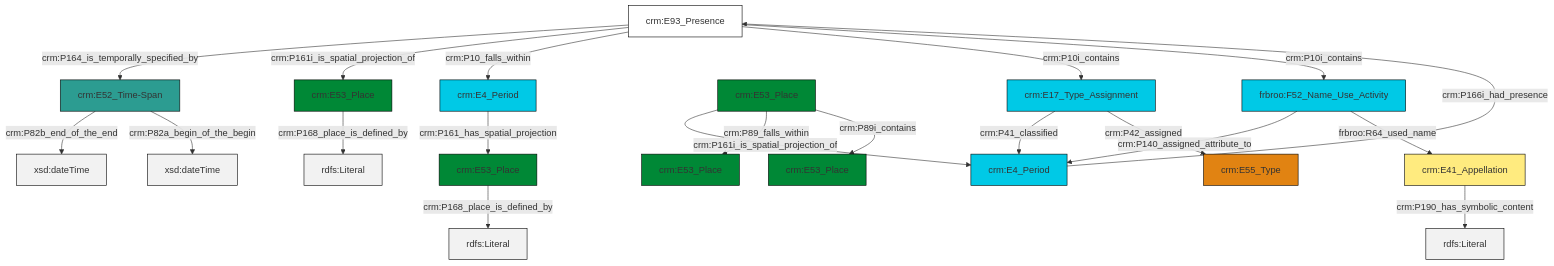
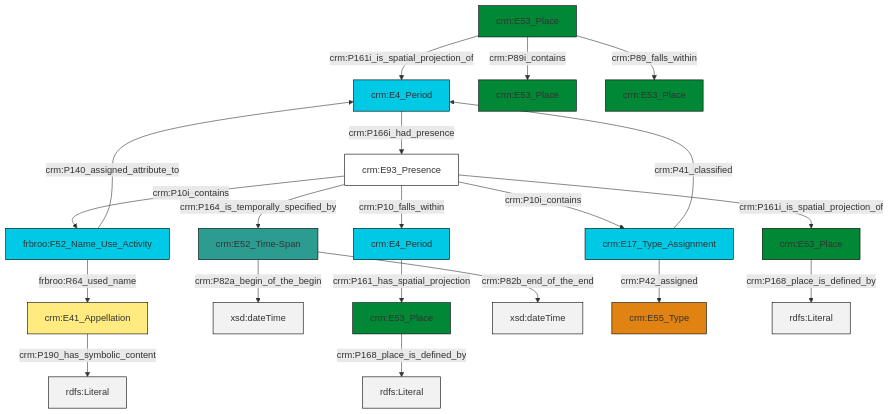
The diagram in et/placeCSV/ttl/mmd/place_parthood.ttl.mmd (swiss-art-research-net/reference-data-models), drawn with Mermaid before and after one commit. The commit also changed 125 other files, not shown here.

```diff
--- a/et/placeCSV/ttl/mmd/place_parthood.ttl.mmd
+++ b/et/placeCSV/ttl/mmd/place_parthood.ttl.mmd
@@ -1,34 +1,34 @@
 graph TD
 classDef Literal fill:#f2f2f2,stroke:#000000;
 classDef CRM_Entity fill:#FFFFFF,stroke:#000000;
 classDef Temporal_Entity fill:#00C9E6, stroke:#000000;
 classDef Type fill:#E18312, stroke:#000000;
 classDef Time-Span fill:#2C9C91, stroke:#000000;
 classDef Appellation fill:#FFEB7F, stroke:#000000;
 classDef Place fill:#008836, stroke:#000000;
 classDef Persistent_Item fill:#B266B2, stroke:#000000;
 classDef Conceptual_Object fill:#FFD700, stroke:#000000;
 classDef Physical_Thing fill:#D2B48C, stroke:#000000;
 classDef Actor fill:#f58aad, stroke:#000000;
 classDef PC_Classes fill:#4ce600, stroke:#000000;
 classDef Multi fill:#cccccc,stroke:#000000;
 
-10["crm:E93_Presence"]:::CRM_Entity -->|crm:P164_is_temporally_specified_by| 11["crm:E52_Time-Span"]:::Time-Span
-12["crm:E53_Place"]:::Place -->|crm:P168_place_is_defined_by| 13[rdfs:Literal]:::Literal
-15["crm:E4_Period"]:::Temporal_Entity -->|crm:P166i_had_presence| 10["crm:E93_Presence"]:::CRM_Entity
-10["crm:E93_Presence"]:::CRM_Entity -->|crm:P161i_is_spatial_projection_of| 12["crm:E53_Place"]:::Place
-11["crm:E52_Time-Span"]:::Time-Span -->|crm:P82b_end_of_the_end| 19[xsd:dateTime]:::Literal
-22["frbroo:F52_Name_Use_Activity"]:::Temporal_Entity -->|crm:P140_assigned_attribute_to| 15["crm:E4_Period"]:::Temporal_Entity
-0["crm:E53_Place"]:::Place -->|crm:P168_place_is_defined_by| 23[rdfs:Literal]:::Literal
-24["crm:E17_Type_Assignment"]:::Temporal_Entity -->|crm:P41_classified| 15["crm:E4_Period"]:::Temporal_Entity
-4["crm:E41_Appellation"]:::Appellation -->|crm:P190_has_symbolic_content| 25[rdfs:Literal]:::Literal
-20["crm:E53_Place"]:::Place -->|crm:P161i_is_spatial_projection_of| 15["crm:E4_Period"]:::Temporal_Entity
-10["crm:E93_Presence"]:::CRM_Entity -->|crm:P10_falls_within| 2["crm:E4_Period"]:::Temporal_Entity
-20["crm:E53_Place"]:::Place -->|crm:P89_falls_within| 17["crm:E53_Place"]:::Place
-10["crm:E93_Presence"]:::CRM_Entity -->|crm:P10i_contains| 24["crm:E17_Type_Assignment"]:::Temporal_Entity
-22["frbroo:F52_Name_Use_Activity"]:::Temporal_Entity -->|frbroo:R64_used_name| 4["crm:E41_Appellation"]:::Appellation
-2["crm:E4_Period"]:::Temporal_Entity -->|crm:P161_has_spatial_projection| 0["crm:E53_Place"]:::Place
-10["crm:E93_Presence"]:::CRM_Entity -->|crm:P10i_contains| 22["frbroo:F52_Name_Use_Activity"]:::Temporal_Entity
-20["crm:E53_Place"]:::Place -->|crm:P89i_contains| 6["crm:E53_Place"]:::Place
-24["crm:E17_Type_Assignment"]:::Temporal_Entity -->|crm:P42_assigned| 8["crm:E55_Type"]:::Type
-11["crm:E52_Time-Span"]:::Time-Span -->|crm:P82a_begin_of_the_begin| 30[xsd:dateTime]:::Literal
+0["crm:E53_Place"]:::Place -->|crm:P161i_is_spatial_projection_of| 1["crm:E4_Period"]:::Temporal_Entity
+0["crm:E53_Place"]:::Place -->|crm:P89i_contains| 2["crm:E53_Place"]:::Place
+4["crm:E93_Presence"]:::CRM_Entity -->|crm:P10i_contains| 5["frbroo:F52_Name_Use_Activity"]:::Temporal_Entity
+9["crm:E53_Place"]:::Place -->|crm:P168_place_is_defined_by| 10[rdfs:Literal]:::Literal
+4["crm:E93_Presence"]:::CRM_Entity -->|crm:P161i_is_spatial_projection_of| 11["crm:E53_Place"]:::Place
+6["crm:E52_Time-Span"]:::Time-Span -->|crm:P82a_begin_of_the_begin| 13[xsd:dateTime]:::Literal
+5["frbroo:F52_Name_Use_Activity"]:::Temporal_Entity -->|frbroo:R64_used_name| 15["crm:E41_Appellation"]:::Appellation
+4["crm:E93_Presence"]:::CRM_Entity -->|crm:P164_is_temporally_specified_by| 6["crm:E52_Time-Span"]:::Time-Span
+4["crm:E93_Presence"]:::CRM_Entity -->|crm:P10_falls_within| 20["crm:E4_Period"]:::Temporal_Entity
+15["crm:E41_Appellation"]:::Appellation -->|crm:P190_has_symbolic_content| 21[rdfs:Literal]:::Literal
+4["crm:E93_Presence"]:::CRM_Entity -->|crm:P10i_contains| 23["crm:E17_Type_Assignment"]:::Temporal_Entity
+0["crm:E53_Place"]:::Place -->|crm:P89_falls_within| 17["crm:E53_Place"]:::Place
+6["crm:E52_Time-Span"]:::Time-Span -->|crm:P82b_end_of_the_end| 24[xsd:dateTime]:::Literal
+23["crm:E17_Type_Assignment"]:::Temporal_Entity -->|crm:P42_assigned| 27["crm:E55_Type"]:::Type
+23["crm:E17_Type_Assignment"]:::Temporal_Entity -->|crm:P41_classified| 1["crm:E4_Period"]:::Temporal_Entity
+20["crm:E4_Period"]:::Temporal_Entity -->|crm:P161_has_spatial_projection| 9["crm:E53_Place"]:::Place
+11["crm:E53_Place"]:::Place -->|crm:P168_place_is_defined_by| 28[rdfs:Literal]:::Literal
+1["crm:E4_Period"]:::Temporal_Entity -->|crm:P166i_had_presence| 4["crm:E93_Presence"]:::CRM_Entity
+5["frbroo:F52_Name_Use_Activity"]:::Temporal_Entity -->|crm:P140_assigned_attribute_to| 1["crm:E4_Period"]:::Temporal_Entity
```
